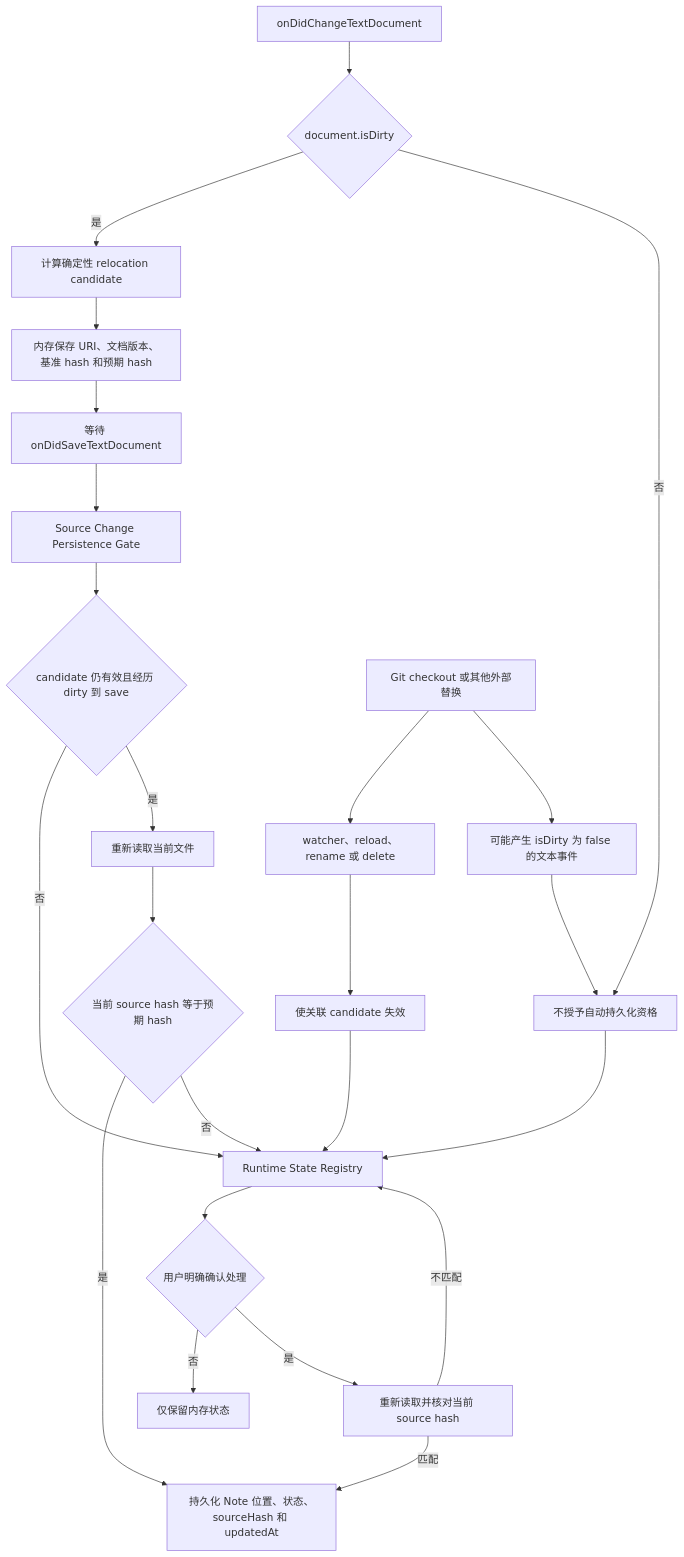
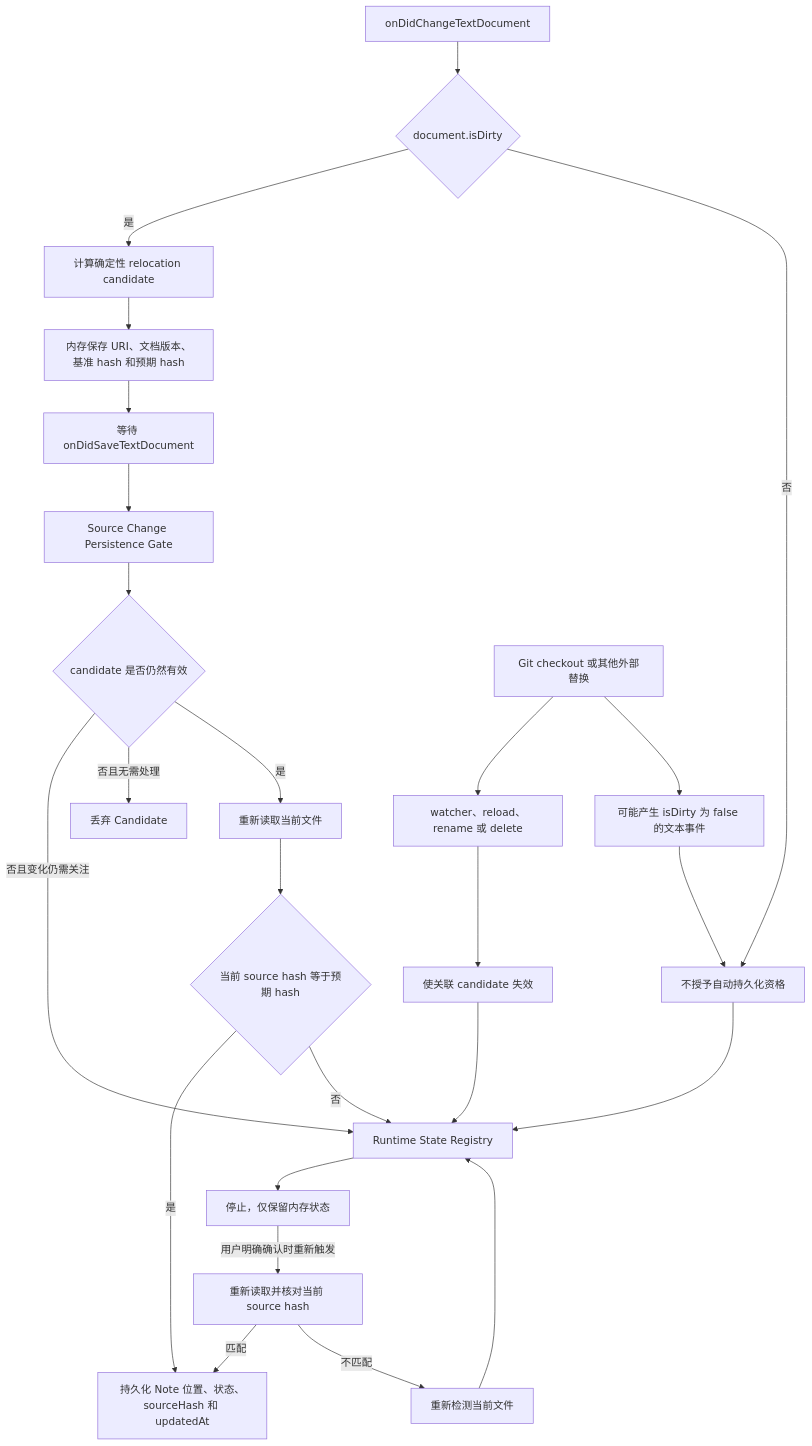
The second of 2 diagrams in .czaza/architecture-notes/diagrams/source-change-persistence-gate.md (Leo7805/czaza), drawn with Mermaid before and after one commit. The commit also changed other lines of this file and 18 other files, not shown here.

````diff
--- a/.czaza/architecture-notes/diagrams/source-change-persistence-gate.md
+++ b/.czaza/architecture-notes/diagrams/source-change-persistence-gate.md
@@ -33,31 +34,32 @@
 ```mermaid
 flowchart TD
     A[onDidChangeTextDocument] --> B{document.isDirty}
     B -->|是| C[计算确定性 relocation candidate]
     B -->|否| D[不授予自动持久化资格]
 
     C --> E[内存保存 URI、文档版本、基准 hash 和预期 hash]
     E --> F[等待 onDidSaveTextDocument]
     F --> G[Source Change Persistence Gate]
 
     H[watcher、reload、rename 或 delete] --> I[使关联 candidate 失效]
     I --> J[Runtime State Registry]
     D --> J
 
-    G --> K{candidate 仍有效且经历 dirty 到 save}
-    K -->|否| J
+    G --> K{candidate 是否仍然有效}
+    K -->|否且变化仍需关注| J
+    K -->|否且无需处理| T[丢弃 Candidate]
     K -->|是| L[重新读取当前文件]
     L --> M{当前 source hash 等于预期 hash}
     M -->|是| N[持久化 Note 位置、状态、sourceHash 和 updatedAt]
     M -->|否| J
 
-    J --> O{用户明确确认处理}
-    O -->|否| P[仅保留内存状态]
-    O -->|是| Q[重新读取并核对当前 source hash]
+    J --> P[停止，仅保留内存状态]
+    P -->|用户明确确认时重新触发| Q[重新读取并核对当前 source hash]
     Q -->|匹配| N
-    Q -->|不匹配| J
+    Q -->|不匹配| U[重新检测当前文件]
+    U --> J
 
     R[Git checkout 或其他外部替换] --> H
     R --> S[可能产生 isDirty 为 false 的文本事件]
     S --> D
 ```
````
